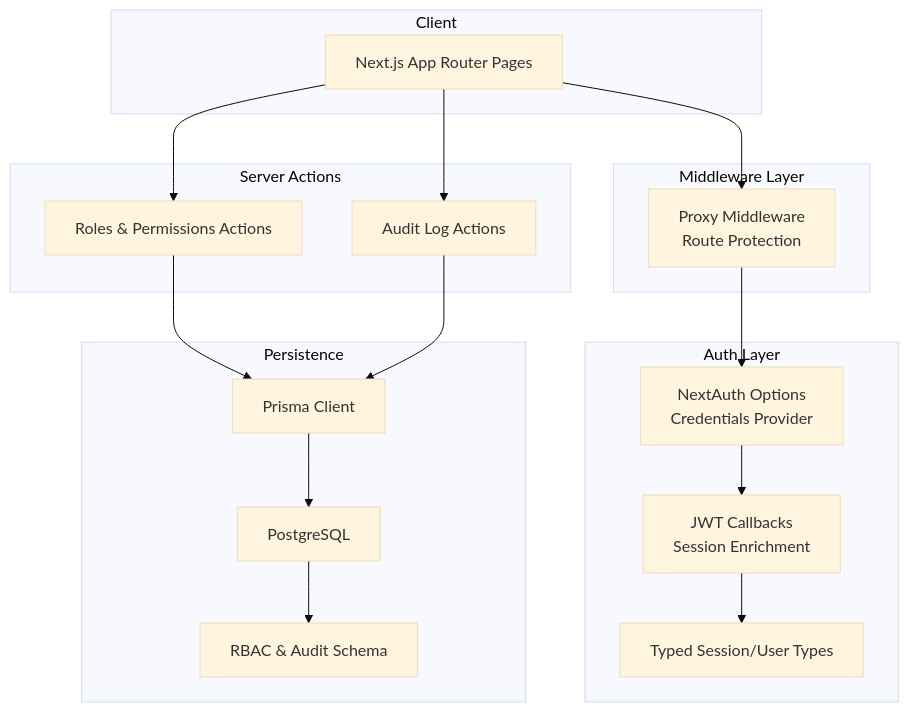
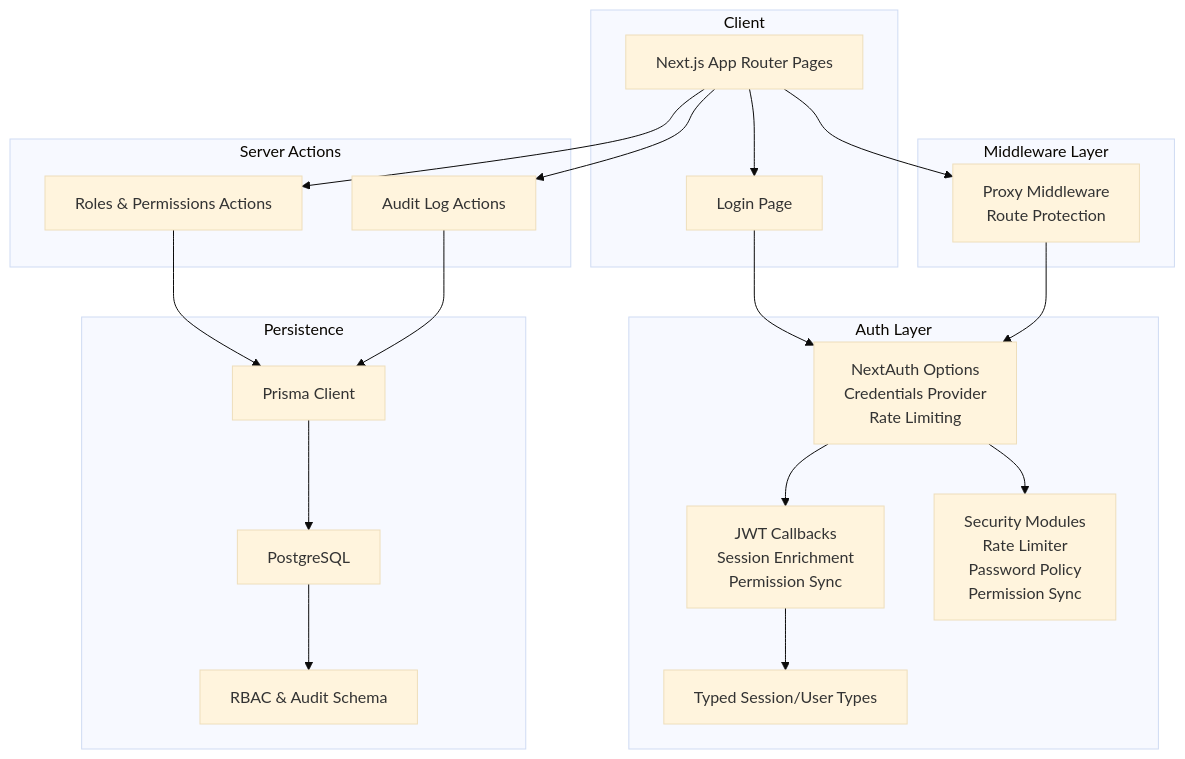
One commit to bazs69/ApsAsrama changed the first of 12 diagrams in .qoder/repowiki/en/content/System Architecture/Security Architecture & Access Control.md. Above: the diagram before and after it, drawn with Mermaid (base theme). The commit also changed other lines of this file and 293 other files, not shown here.

````diff
--- a/.qoder/repowiki/en/content/System Architecture/Security Architecture & Access Control.md
+++ b/.qoder/repowiki/en/content/System Architecture/Security Architecture & Access Control.md
@@ -39,33 +55,38 @@
 ```mermaid
 graph TB
 subgraph "Client"
 UI["Next.js App Router Pages"]
+LOGIN["Login Page"]
 end
 subgraph "Middleware Layer"
 MW["Proxy Middleware<br/>Route Protection"]
 end
 subgraph "Auth Layer"
-NA["NextAuth Options<br/>Credentials Provider"]
-JWT["JWT Callbacks<br/>Session Enrichment"]
+NA["NextAuth Options<br/>Credentials Provider<br/>Rate Limiting"]
+JWT["JWT Callbacks<br/>Session Enrichment<br/>Permission Sync"]
 TYPES["Typed Session/User Types"]
+SECURITY["Security Modules<br/>Rate Limiter<br/>Password Policy<br/>Permission Sync"]
 end
 subgraph "Server Actions"
 SA_ROLES["Roles & Permissions Actions"]
 SA_AUDIT["Audit Log Actions"]
 end
 subgraph "Persistence"
 PRISMA["Prisma Client"]
 DB["PostgreSQL"]
 SCHEMA["RBAC & Audit Schema"]
 end
+UI --> LOGIN
+LOGIN --> NA
+NA --> SECURITY
+NA --> JWT
+JWT --> TYPES
 UI --> MW
 MW --> NA
-NA --> JWT
-JWT --> TYPES
 UI --> SA_ROLES
 UI --> SA_AUDIT
 SA_ROLES --> PRISMA
 SA_AUDIT --> PRISMA
 PRISMA --> DB
 DB --> SCHEMA
 ```
````
